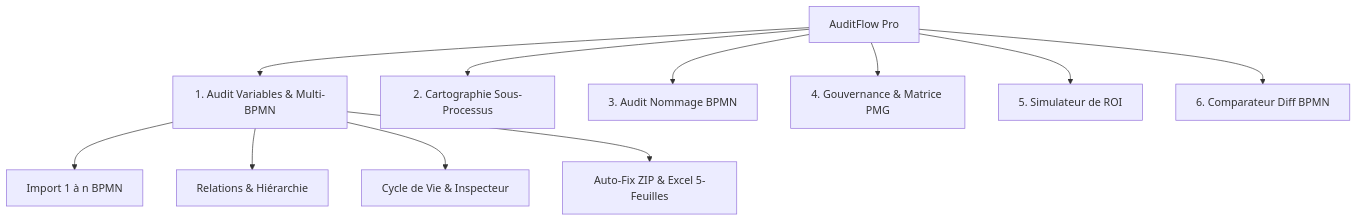
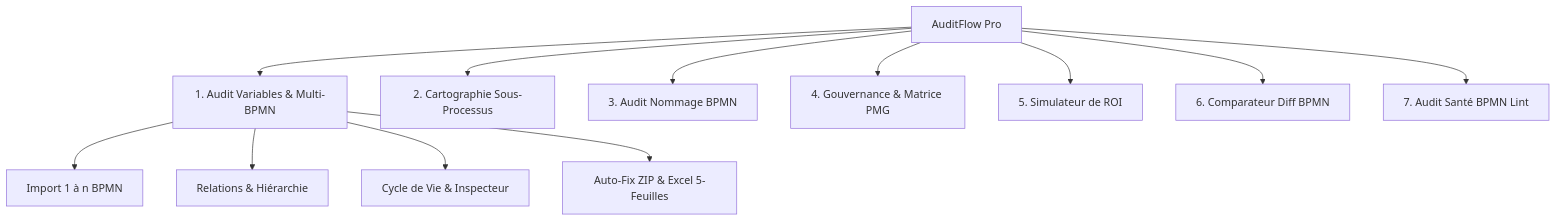
The diagram in README.md (ayoubbenkhiroun/variables_auditor), drawn with Mermaid before and after one commit. The commit also changed other lines of this file and 27 other files, not shown here.

````diff
--- a/README.md
+++ b/README.md
@@ -45,14 +46,15 @@
 ```mermaid
 graph TD
     A[AuditFlow Pro] --> M1[1. Audit Variables & Multi-BPMN]
     A --> M2[2. Cartographie Sous-Processus]
     A --> M3[3. Audit Nommage BPMN]
     A --> M4[4. Gouvernance & Matrice PMG]
     A --> M5[5. Simulateur de ROI]
     A --> M6[6. Comparateur Diff BPMN]
+   A --> M7[7. Audit Santé BPMN Lint]
 
     M1 --> M1_1[Import 1 à n BPMN]
     M1 --> M1_2[Relations & Hiérarchie]
     M1 --> M1_3[Cycle de Vie & Inspecteur]
     M1 --> M1_4[Auto-Fix ZIP & Excel 5-Feuilles]
 ```
````
